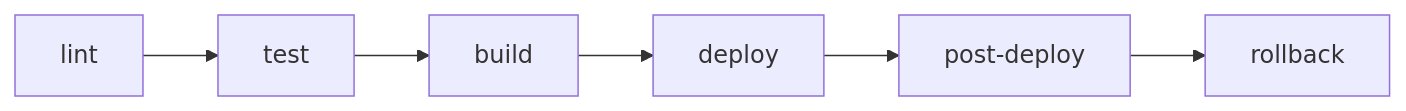
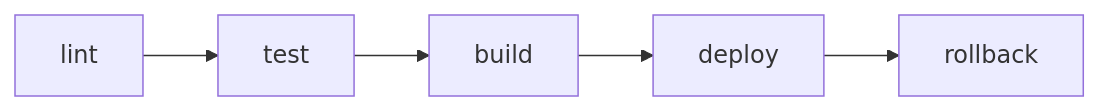
Before and after one commit to dowardev/portafolio: the diagram in DEPLOY.md, drawn with Mermaid. The commit also changed other lines of this file and 3 other files, not shown here.

````diff
--- a/DEPLOY.md
+++ b/DEPLOY.md
@@ -317,4 +325,4 @@
 ```mermaid
 graph LR
-    L[lint] --> T[test] --> B[build] --> D[deploy] --> PD[post-deploy] --> R[rollback]
+    L[lint] --> T[test] --> B[build] --> D[deploy] --> R[rollback]
 ```
````
